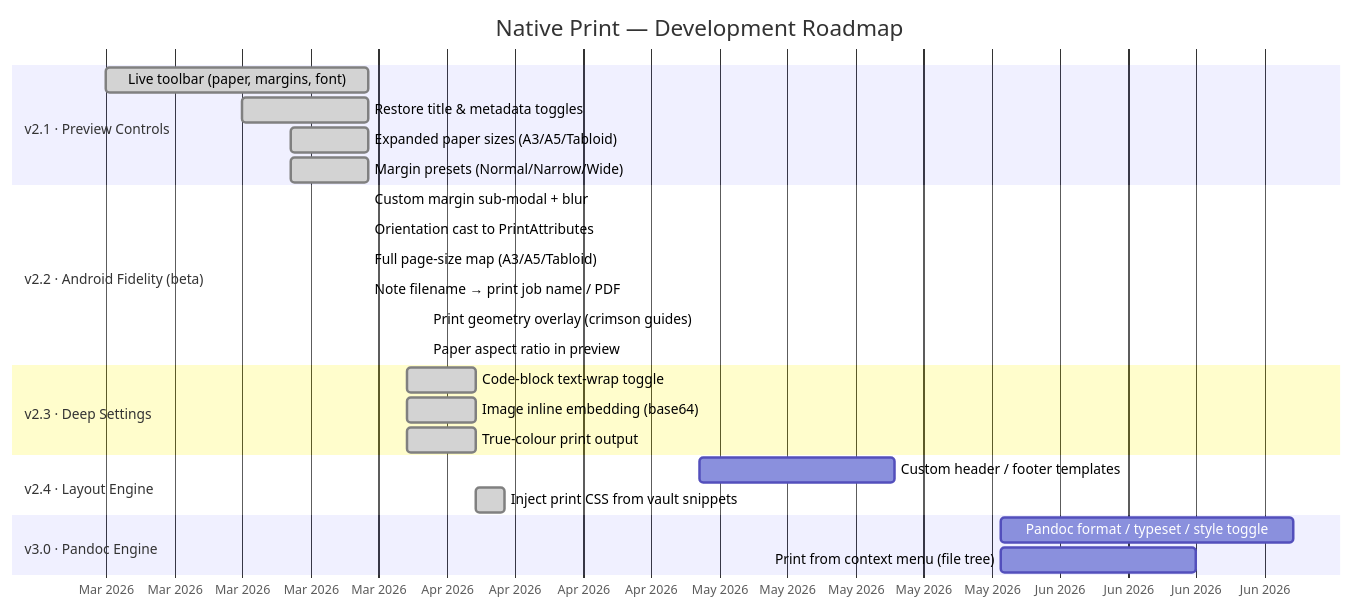
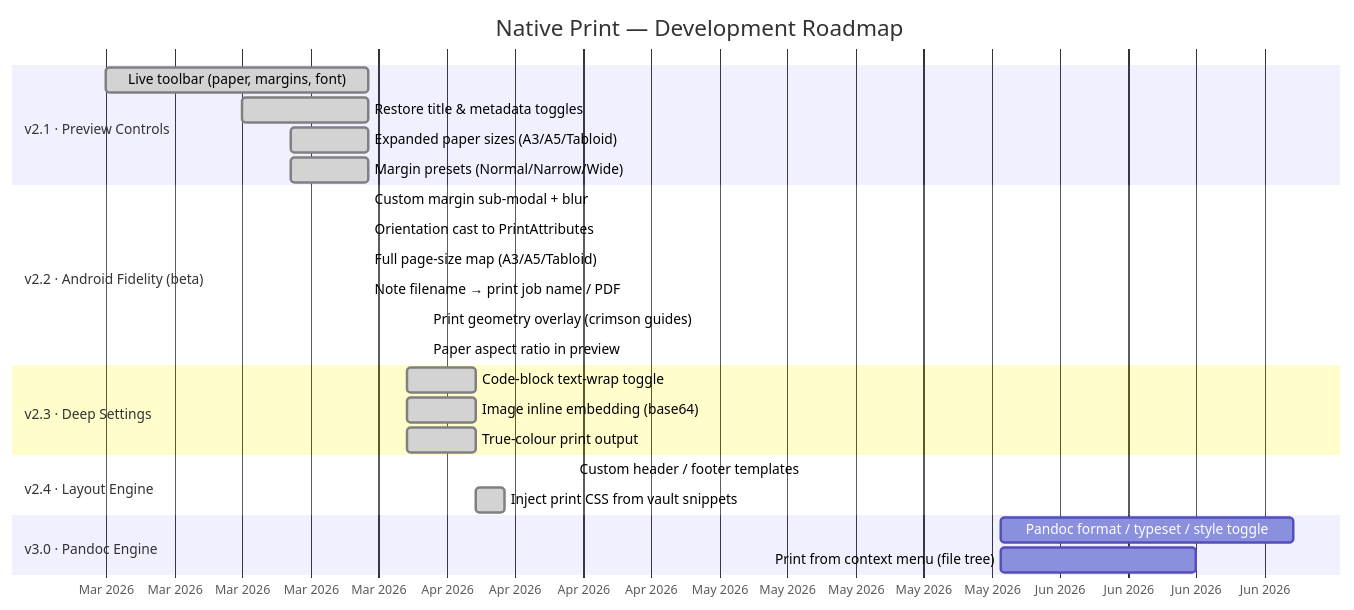
Before and after one commit to PWereh/native-print: the diagram in README.md, drawn with Mermaid. The commit also changed other lines of this file and 5 other files, not shown here.

````diff
--- a/README.md
+++ b/README.md
@@ -25,33 +25,33 @@
 ```mermaid
 gantt
     title Native Print — Development Roadmap
     dateFormat YYYY-MM-DD
     axisFormat %b %Y
 
     section v2.1 · Preview Controls
     Live toolbar (paper, margins, font)    :done,    pv1, 2026-03-01, 2026-03-28
     Restore title & metadata toggles       :done,    pv2, 2026-03-15, 2026-03-28
     Expanded paper sizes (A3/A5/Tabloid)   :done,    pv3, 2026-03-20, 2026-03-28
     Margin presets (Normal/Narrow/Wide)    :done,    pv4, 2026-03-20, 2026-03-28
 
     section v2.2 · Android Fidelity (beta)
     Custom margin sub-modal + blur         :done,    am1, 2026-03-28, 2026-03-28
     Orientation cast to PrintAttributes    :done,    am2, 2026-03-28, 2026-03-28
     Full page-size map (A3/A5/Tabloid)     :done,    am3, 2026-03-28, 2026-03-28
     Note filename → print job name / PDF   :done,    am4, 2026-03-28, 2026-03-28
     Print geometry overlay (crimson guides):done,    am5, 2026-04-03, 2026-04-03
     Paper aspect ratio in preview          :done,    am6, 2026-04-03, 2026-04-03
 
     section v2.3 · Deep Settings
     Code-block text-wrap toggle            :done,    ds1, 2026-04-01, 2026-04-08
     Image inline embedding (base64)        :done,    ds2, 2026-04-01, 2026-04-08
     True-colour print output               :done,    ds3, 2026-04-01, 2026-04-08
 
     section v2.4 · Layout Engine
-    Custom header / footer templates       :         le1, 2026-05-01, 2026-05-21
+    Custom header / footer templates       :done,    le1, 2026-04-18, 2026-04-18
     Inject print CSS from vault snippets   :done,    le2, 2026-04-08, 2026-04-11
 
     section v3.0 · Pandoc Engine
     Pandoc format / typeset / style toggle :         pe1, 2026-06-01, 2026-07-01
     Print from context menu (file tree)    :         pe2, 2026-06-01, 2026-06-21
 ```
````
